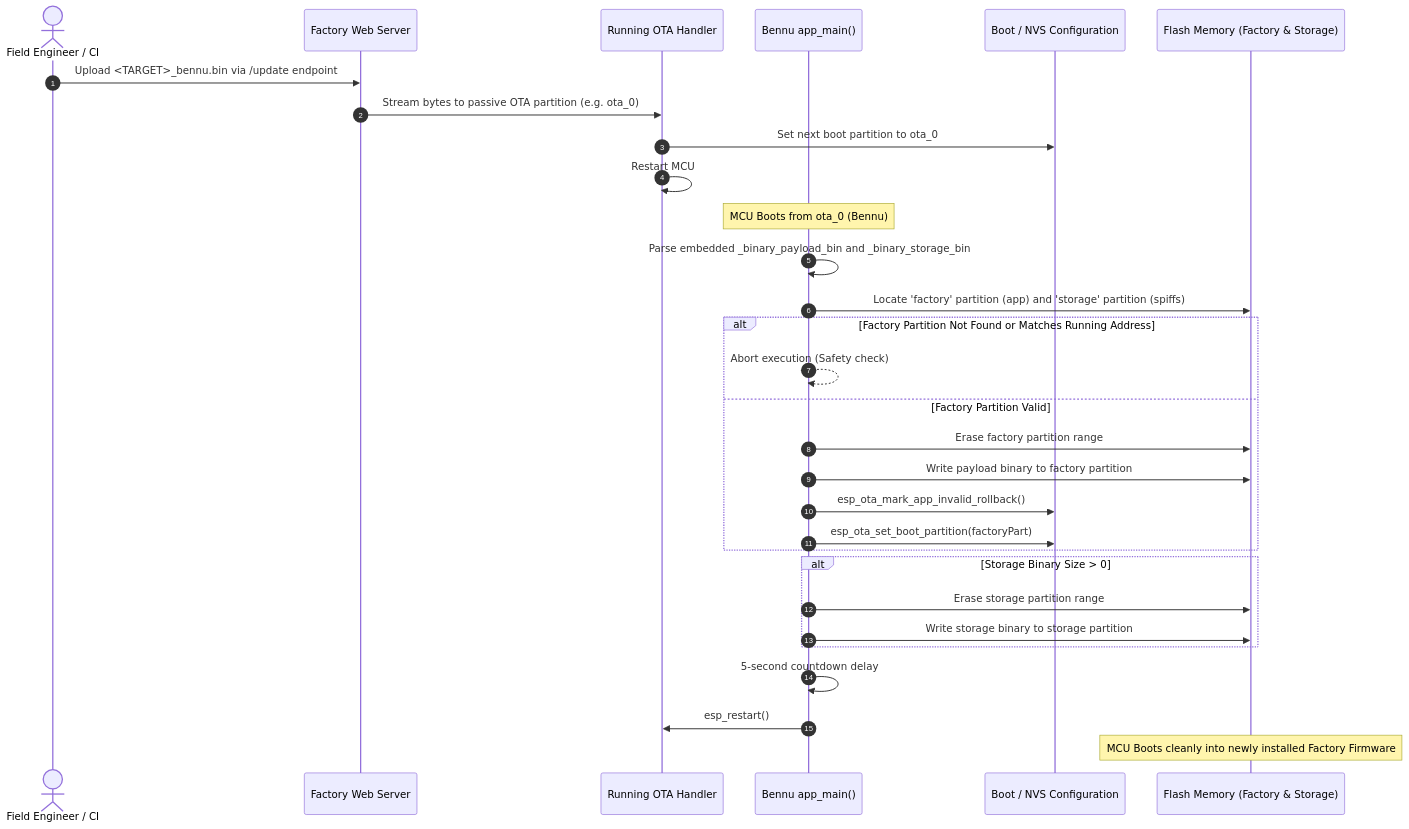
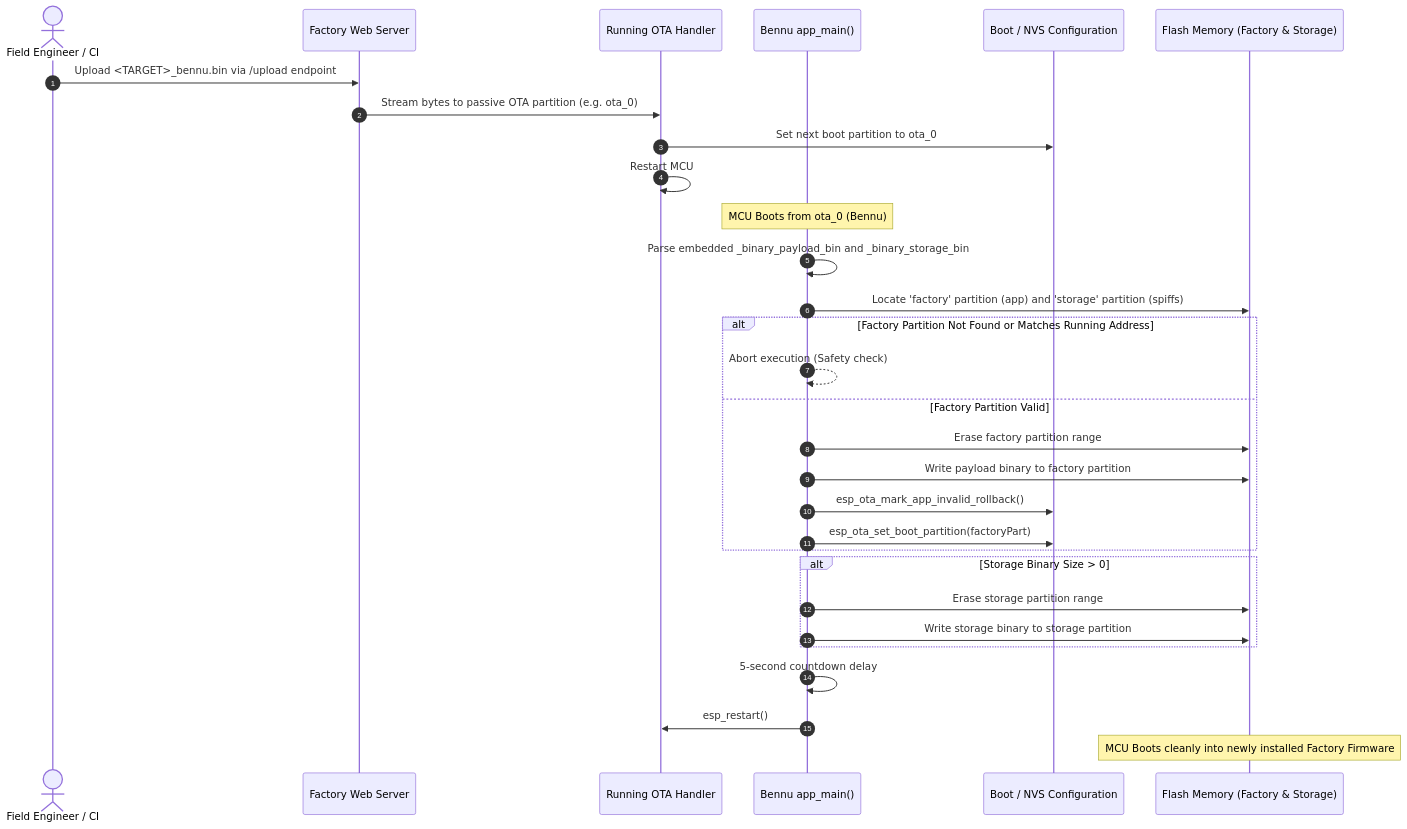
The second of 2 diagrams in bennu/TOO.MD (martinroger/vx-binocle-espidf), drawn with Mermaid before and after one commit. The commit also changed 26 other files, not shown here.

````diff
--- a/bennu/TOO.MD
+++ b/bennu/TOO.MD
@@ -34,37 +34,37 @@
 ```mermaid
 sequenceDiagram
     autonumber
     actor User as Field Engineer / CI
     participant Web as Factory Web Server
     participant MCU_OTA as Running OTA Handler
     participant Bennu as Bennu app_main()
     participant NVS as Boot / NVS Configuration
     participant Flash as Flash Memory (Factory & Storage)
 
-    User->>Web: Upload <TARGET>_bennu.bin via /update endpoint
+    User->>Web: Upload <TARGET>_bennu.bin via /upload endpoint
     Web->>MCU_OTA: Stream bytes to passive OTA partition (e.g. ota_0)
     MCU_OTA->>NVS: Set next boot partition to ota_0
     MCU_OTA->>MCU_OTA: Restart MCU
 
     Note over Bennu: MCU Boots from ota_0 (Bennu)
     Bennu->>Bennu: Parse embedded _binary_payload_bin and _binary_storage_bin
     Bennu->>Flash: Locate 'factory' partition (app) and 'storage' partition (spiffs)
     
     alt Factory Partition Not Found or Matches Running Address
         Bennu-->>Bennu: Abort execution (Safety check)
     else Factory Partition Valid
         Bennu->>Flash: Erase factory partition range
         Bennu->>Flash: Write payload binary to factory partition
         Bennu->>NVS: esp_ota_mark_app_invalid_rollback()
         Bennu->>NVS: esp_ota_set_boot_partition(factoryPart)
     end
 
     alt Storage Binary Size > 0
         Bennu->>Flash: Erase storage partition range
         Bennu->>Flash: Write storage binary to storage partition
     end
 
     Bennu->>Bennu: 5-second countdown delay
     Bennu->>MCU_OTA: esp_restart()
     Note over Flash: MCU Boots cleanly into newly installed Factory Firmware
 ```
````
